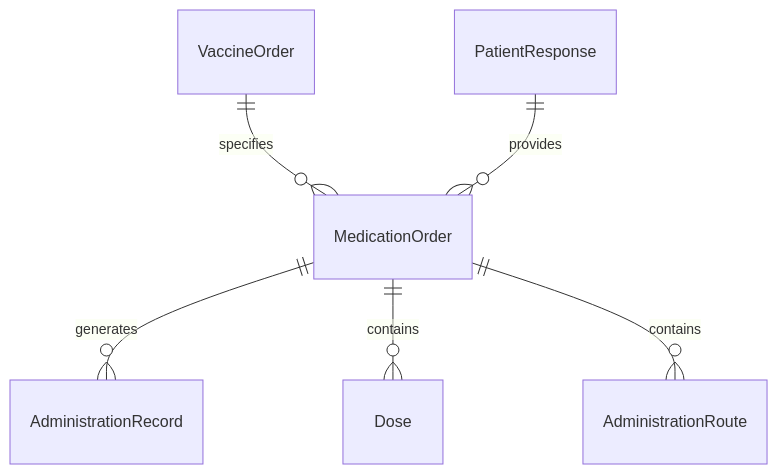
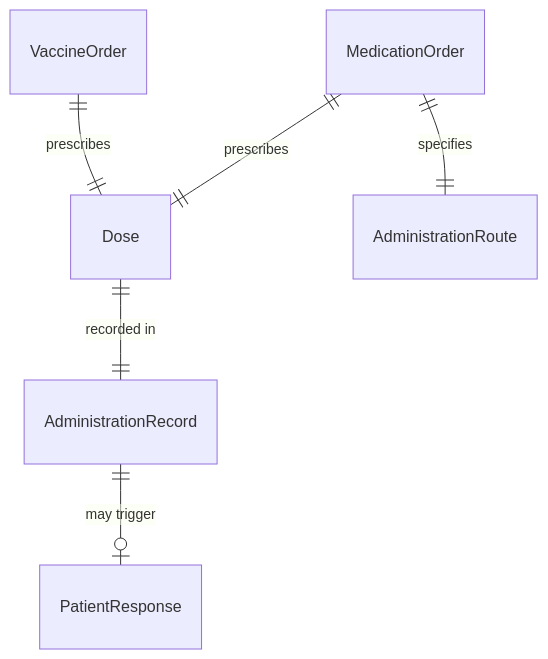
The first of 4 diagrams in AssistingAndCaringForOthers/AdministerBasicHealthCareOrMedicalTreatments/GiveMedicationsImmunizations.mdx (dot-org-ai/tasks.org.ai), drawn with Mermaid before and after one commit. The commit also changed other lines of this file and 32 other files, not shown here.

First line of the commit message:
fix: Improve ER and State diagrams in 32 AssistingAndCaringForOthers DWA files

````diff
--- a/AssistingAndCaringForOthers/AdministerBasicHealthCareOrMedicalTreatments/GiveMedicationsImmunizations.mdx
+++ b/AssistingAndCaringForOthers/AdministerBasicHealthCareOrMedicalTreatments/GiveMedicationsImmunizations.mdx
@@ -88,8 +88,8 @@
 ```mermaid
 erDiagram
-    VaccineOrder ||--o{ MedicationOrder : specifies
-    MedicationOrder ||--o{ AdministrationRecord : generates
-    MedicationOrder ||--o{ Dose : contains
-    MedicationOrder ||--o{ AdministrationRoute : contains
-    PatientResponse ||--o{ MedicationOrder : provides
+    MedicationOrder ||--|| Dose : prescribes
+    MedicationOrder ||--|| AdministrationRoute : specifies
+    VaccineOrder ||--|| Dose : prescribes
+    Dose ||--|| AdministrationRecord : "recorded in"
+    AdministrationRecord ||--o| PatientResponse : "may trigger"
 ```
````
